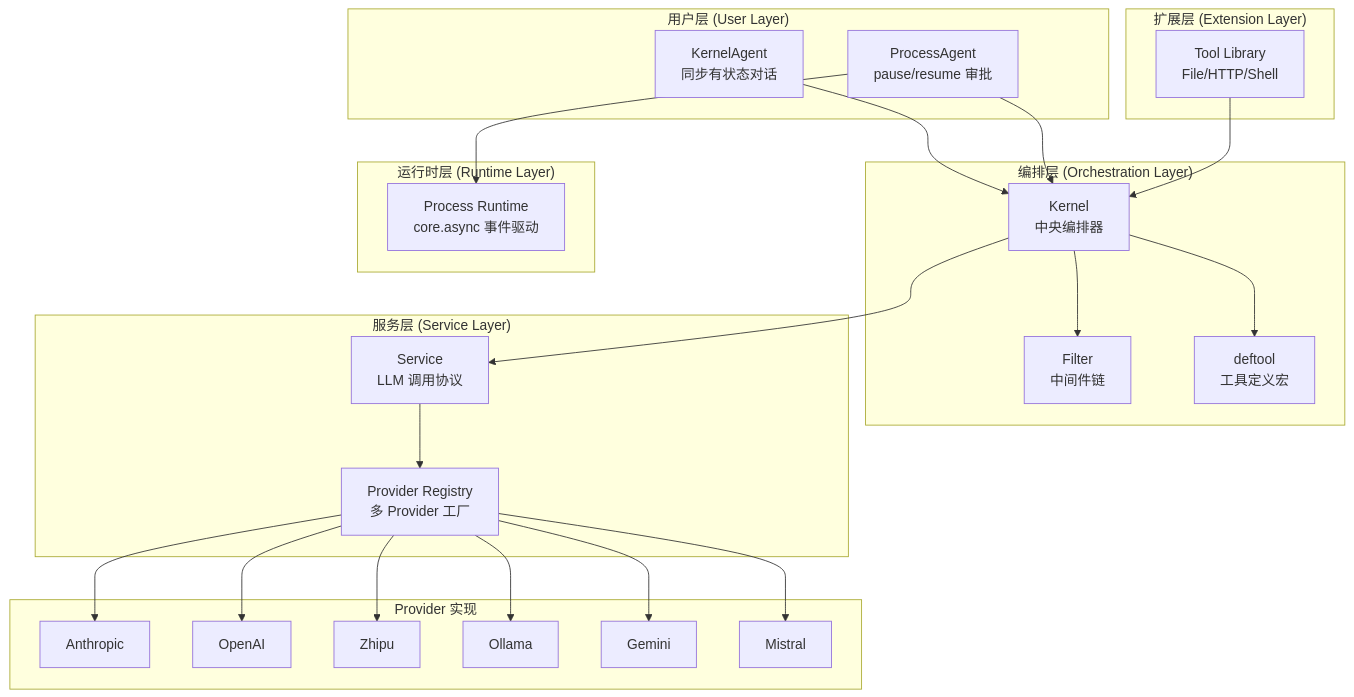
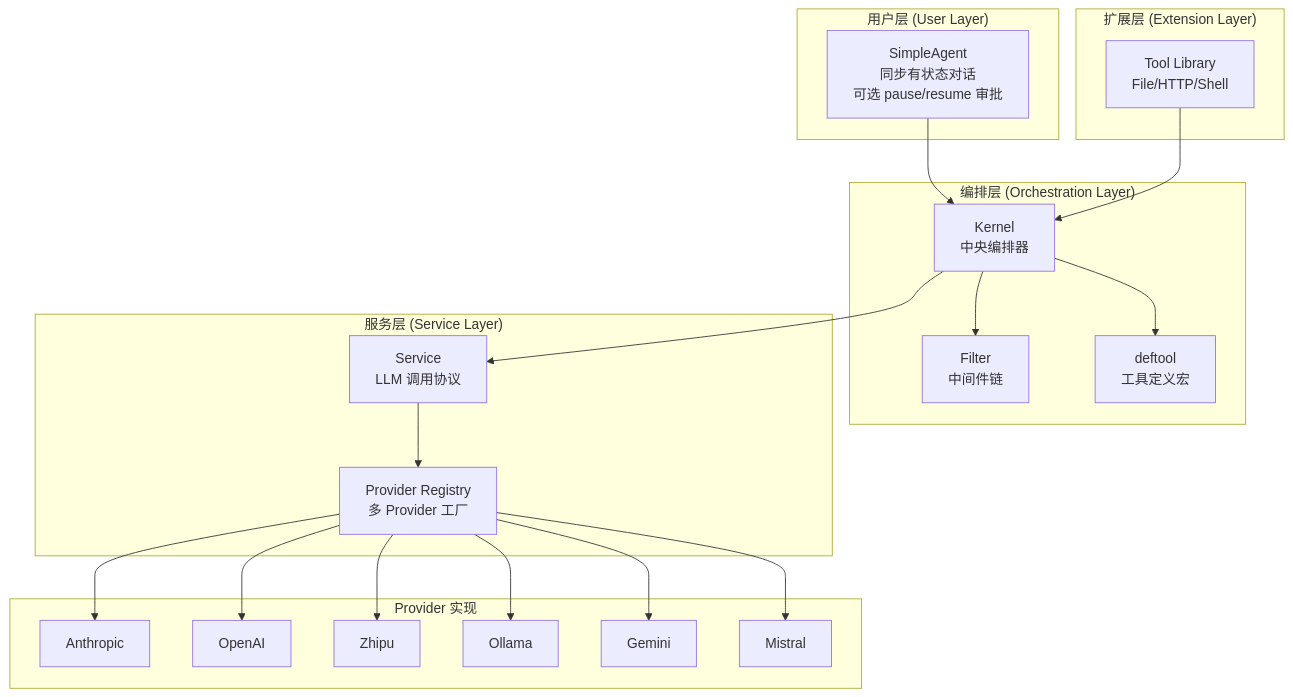
Before and after one commit to TTalkPro/clj-agent: the first of 2 diagrams in README.md, drawn with Mermaid. The commit also changed other lines of this file and 9 other files, not shown here.

````diff
--- a/README.md
+++ b/README.md
@@ -43,45 +42,38 @@
 ```mermaid
 graph TB
     subgraph "用户层 (User Layer)"
-        KA[KernelAgent<br/>同步有状态对话]
-        PA[ProcessAgent<br/>pause/resume 审批]
+        SA[SimpleAgent<br/>同步有状态对话<br/>可选 pause/resume 审批]
     end
 
     subgraph "编排层 (Orchestration Layer)"
         K[Kernel<br/>中央编排器]
         F[Filter<br/>中间件链]
         T[deftool<br/>工具定义宏]
     end
 
     subgraph "服务层 (Service Layer)"
         S[Service<br/>LLM 调用协议]
         PR[Provider Registry<br/>多 Provider 工厂]
     end
 
     subgraph "Provider 实现"
         AN[Anthropic]
         OA[OpenAI]
         ZP[Zhipu]
         OL[Ollama]
         GM[Gemini]
         MS[Mistral]
     end
 
-    subgraph "运行时层 (Runtime Layer)"
-        RT[Process Runtime<br/>core.async 事件驱动]
-    end
-
     subgraph "扩展层 (Extension Layer)"
         PLG[Tool Library<br/>File/HTTP/Shell]
     end
 
-    KA --> K
-    PA --> K
-    PA --> RT
+    SA --> K
     K --> T
     K --> F
     K --> S
     S --> PR
     PR --> AN & OA & ZP & OL & GM & MS
     PLG --> K
 ```
````
